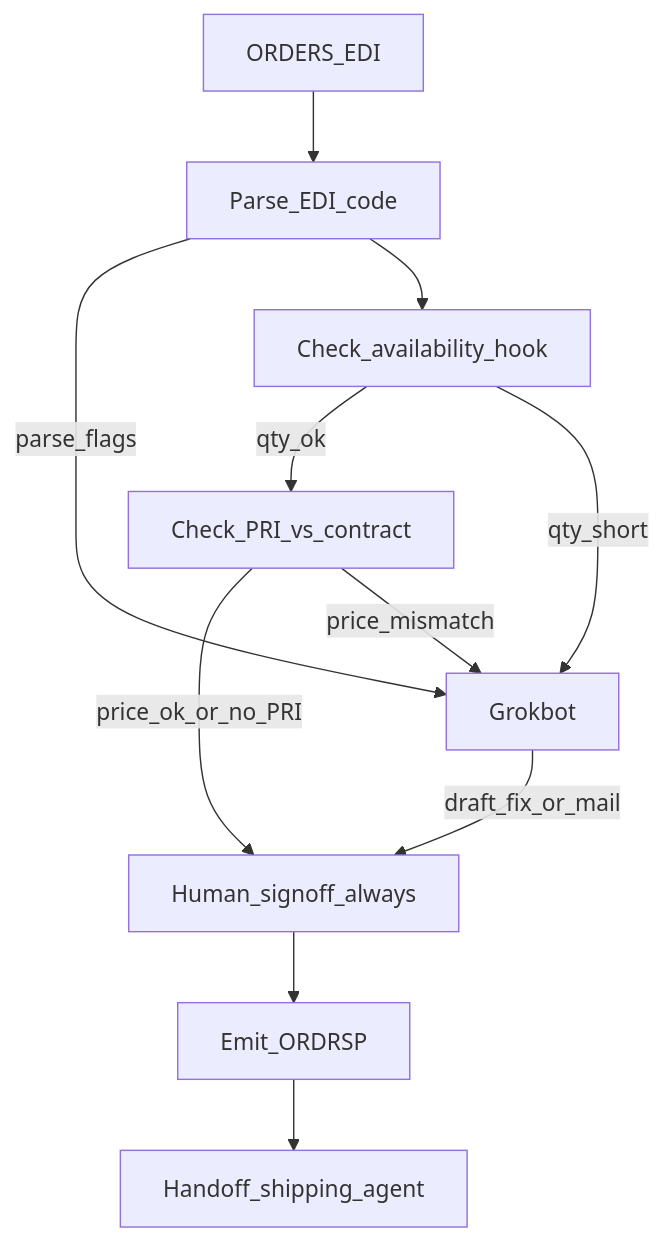
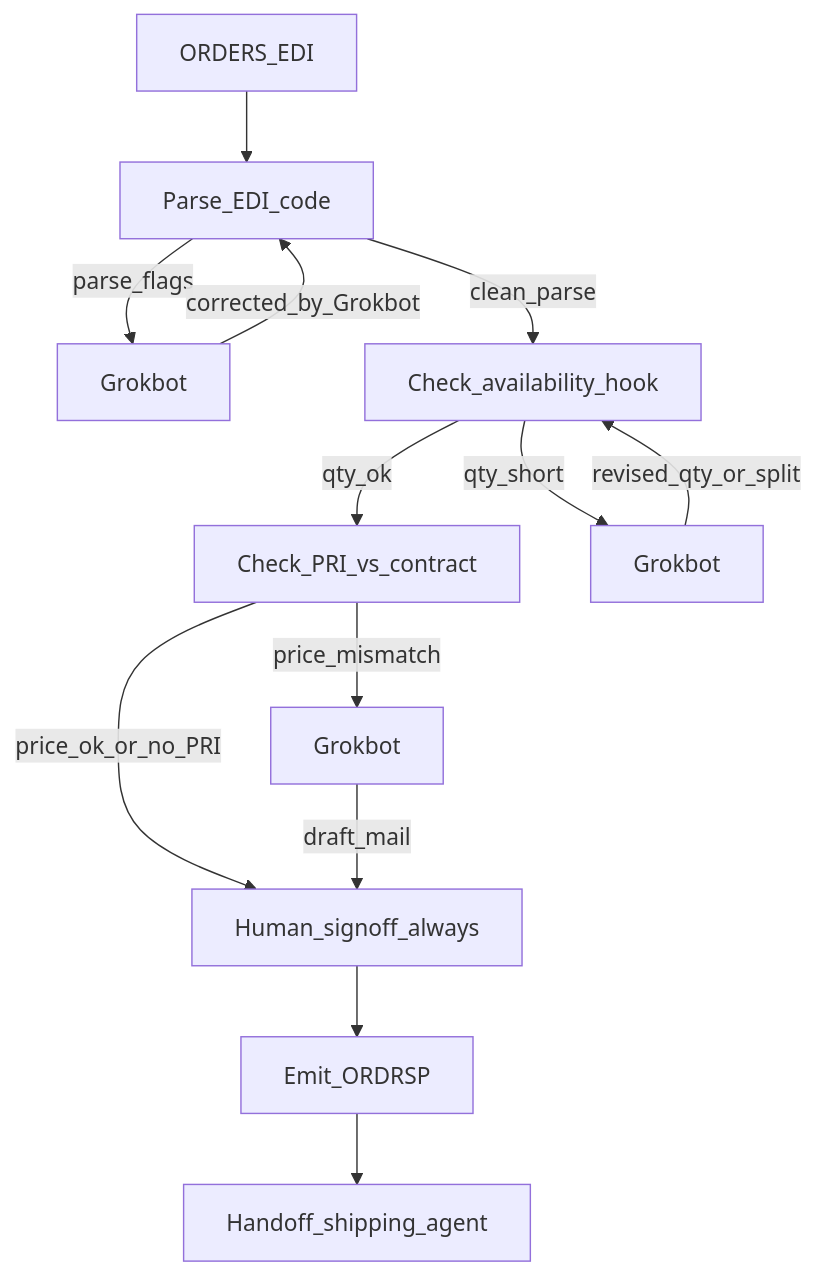
One commit to flavio-bernoni07/B.R.C-x-Grok changed the diagram in order-dec.md. Above: the diagram before and after it, drawn with Mermaid. The commit also changed other lines of this file and 1 other file, not shown here.

Commit message:
Order flow: Grokbot loops back to parse and stock checks
After parse_flags, Grokbot corrects and re-enters Parse EDI.
After qty_short, Grokbot revises qty/split and re-enters the
availability check instead of skipping to sign-off.

````diff
--- a/order-dec.md
+++ b/order-dec.md
@@ -33,13 +35,15 @@
 ```mermaid
 flowchart TD
   inOrders[ORDERS_EDI] --> parse[Parse_EDI_code]
-  parse -->|parse_flags| grok[Grokbot]
-  parse --> stock[Check_availability_hook]
+  parse -->|parse_flags| grokParse[Grokbot]
+  grokParse -->|corrected_by_Grokbot| parse
+  parse -->|clean_parse| stock[Check_availability_hook]
   stock -->|qty_ok| price[Check_PRI_vs_contract]
-  stock -->|qty_short| grok
+  stock -->|qty_short| grokQty[Grokbot]
+  grokQty -->|revised_qty_or_split| stock
   price -->|price_ok_or_no_PRI| signoff[Human_signoff_always]
-  price -->|price_mismatch| grok
-  grok -->|draft_fix_or_mail| signoff
+  price -->|price_mismatch| grokPrice[Grokbot]
+  grokPrice -->|draft_mail| signoff
   signoff --> ordrsp[Emit_ORDRSP]
   ordrsp --> ship[Handoff_shipping_agent]
 ```
````
